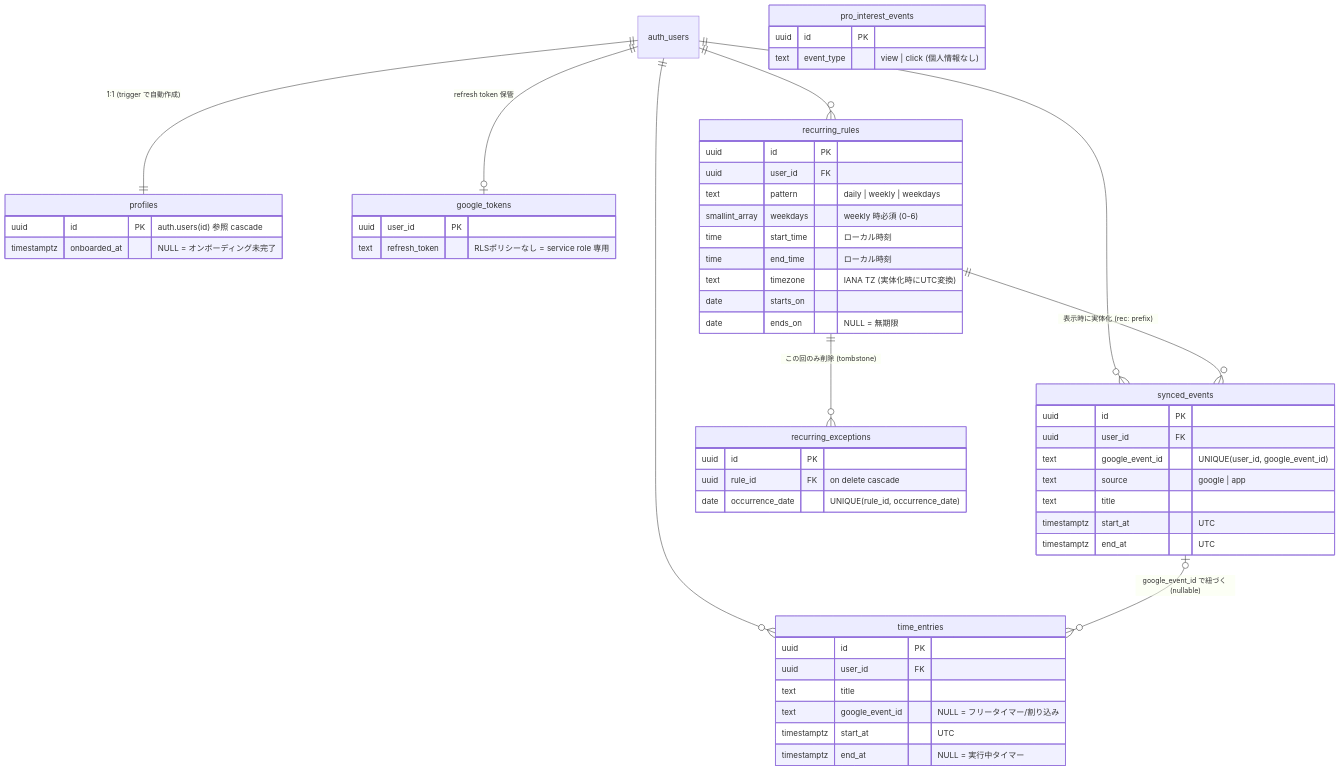
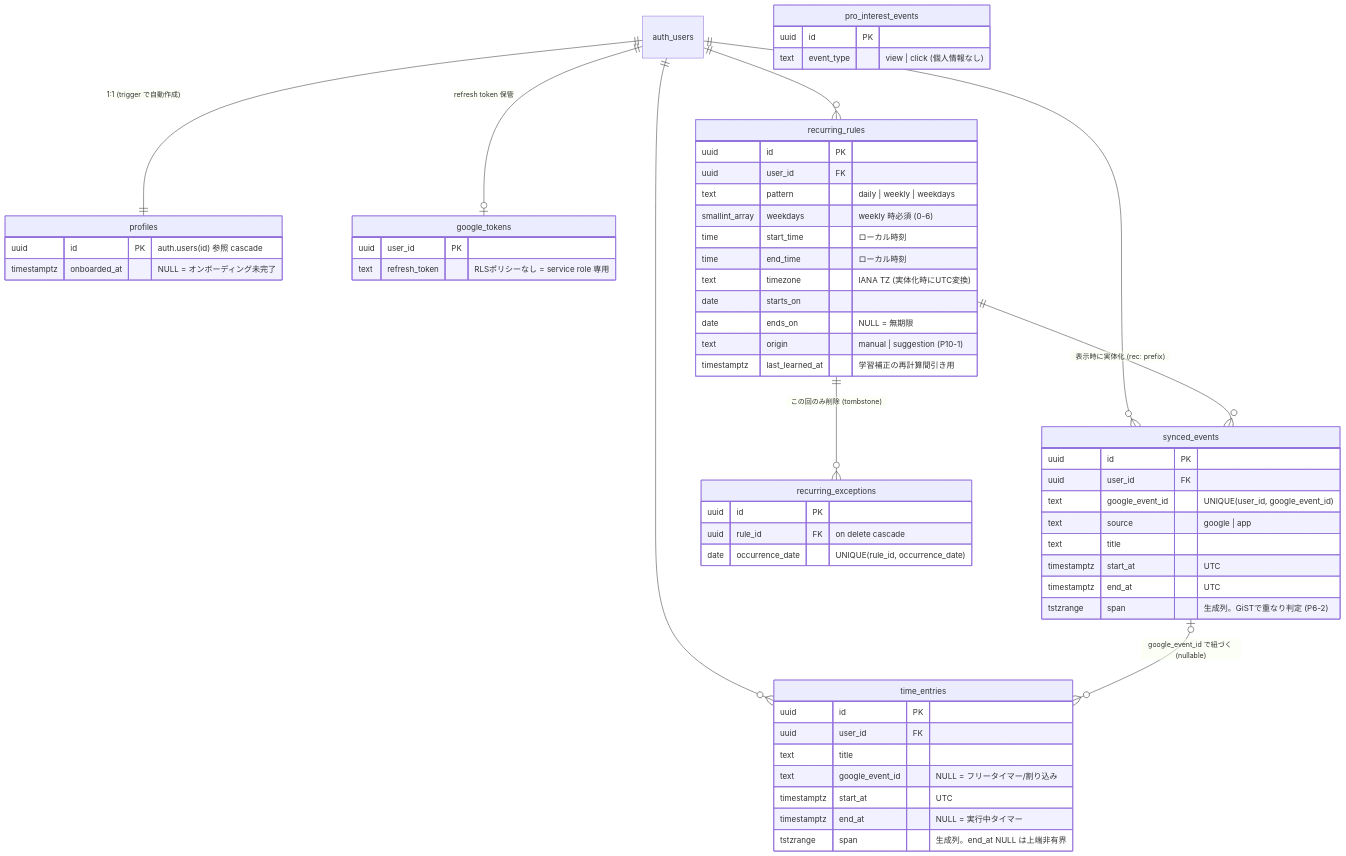
One commit to TonChan0828/PlanDiff changed the fourth of 11 diagrams in docs/アーキテクチャ解説.md. Above: the diagram before and after it, drawn with Mermaid. The commit also changed other lines of this file, not shown here.

````diff
--- a/docs/アーキテクチャ解説.md
+++ b/docs/アーキテクチャ解説.md
@@ -161,57 +304,61 @@
 ```mermaid
 erDiagram
     auth_users ||--|| profiles : "1:1 (trigger で自動作成)"
     auth_users ||--o| google_tokens : "refresh token 保管"
     auth_users ||--o{ synced_events : ""
     auth_users ||--o{ time_entries : ""
     auth_users ||--o{ recurring_rules : ""
     synced_events |o--o{ time_entries : "google_event_id で紐づく (nullable)"
     recurring_rules ||--o{ recurring_exceptions : "この回のみ削除 (tombstone)"
     recurring_rules ||--o{ synced_events : "表示時に実体化 (rec: prefix)"
 
     profiles {
         uuid id PK "auth.users(id) 参照 cascade"
         timestamptz onboarded_at "NULL = オンボーディング未完了"
     }
     google_tokens {
         uuid user_id PK
         text refresh_token "RLSポリシーなし = service role 専用"
     }
     synced_events {
         uuid id PK
         uuid user_id FK
         text google_event_id "UNIQUE(user_id, google_event_id)"
         text source "google | app"
         text title
         timestamptz start_at "UTC"
         timestamptz end_at "UTC"
+        tstzrange span "生成列。GiSTで重なり判定 (P6-2)"
     }
     time_entries {
         uuid id PK
         uuid user_id FK
         text title
         text google_event_id "NULL = フリータイマー/割り込み"
         timestamptz start_at "UTC"
         timestamptz end_at "NULL = 実行中タイマー"
+        tstzrange span "生成列。end_at NULL は上端非有界"
     }
     recurring_rules {
         uuid id PK
         uuid user_id FK
         text pattern "daily | weekly | weekdays"
         smallint_array weekdays "weekly 時必須 (0-6)"
         time start_time "ローカル時刻"
         time end_time "ローカル時刻"
         text timezone "IANA TZ (実体化時にUTC変換)"
         date starts_on
         date ends_on "NULL = 無期限"
+        text origin "manual | suggestion (P10-1)"
+        timestamptz last_learned_at "学習補正の再計算間引き用"
     }
     recurring_exceptions {
         uuid id PK
         uuid rule_id FK "on delete cascade"
         date occurrence_date "UNIQUE(rule_id, occurrence_date)"
     }
     pro_interest_events {
         uuid id PK
         text event_type "view | click (個人情報なし)"
     }
 ```
````
